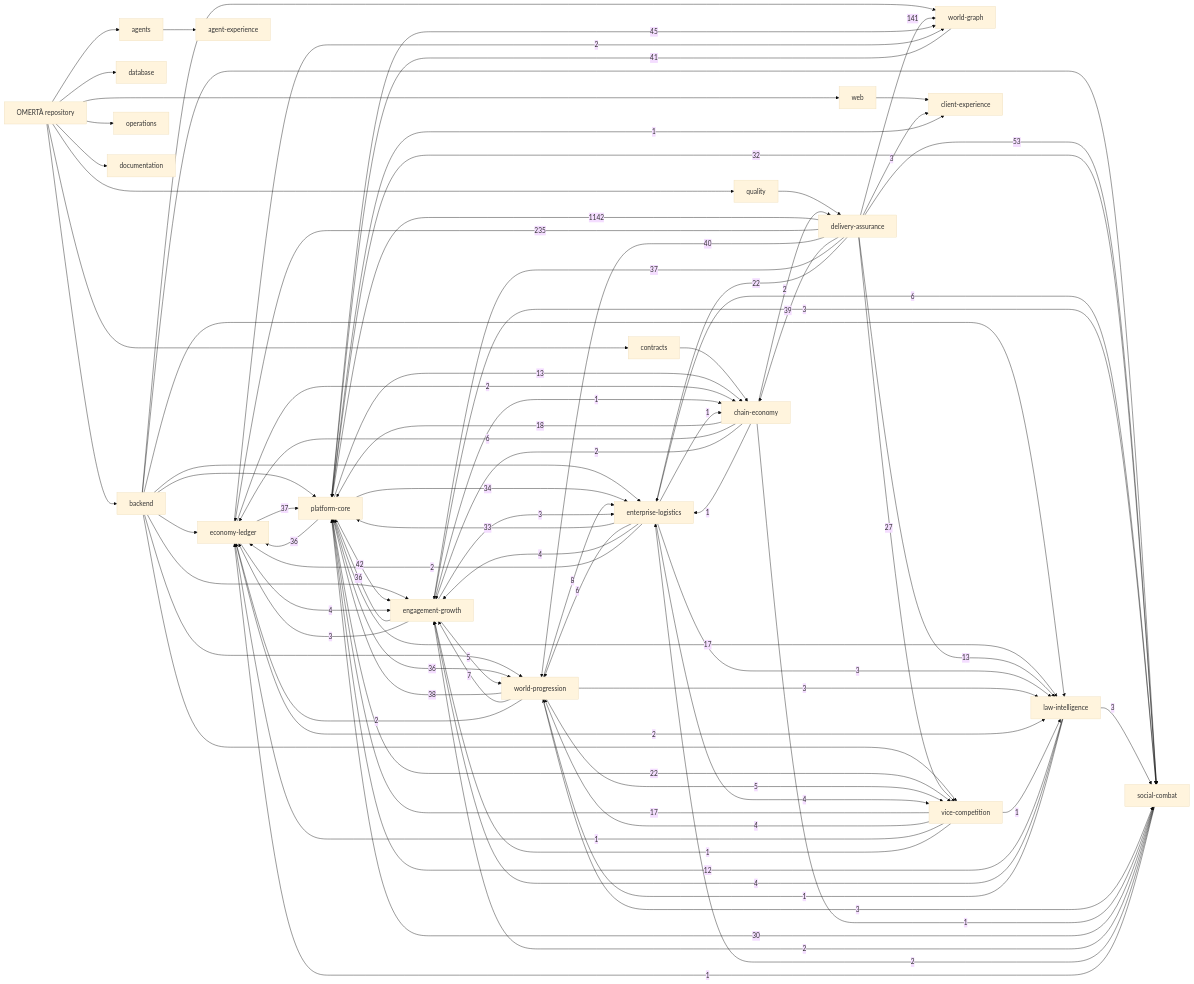
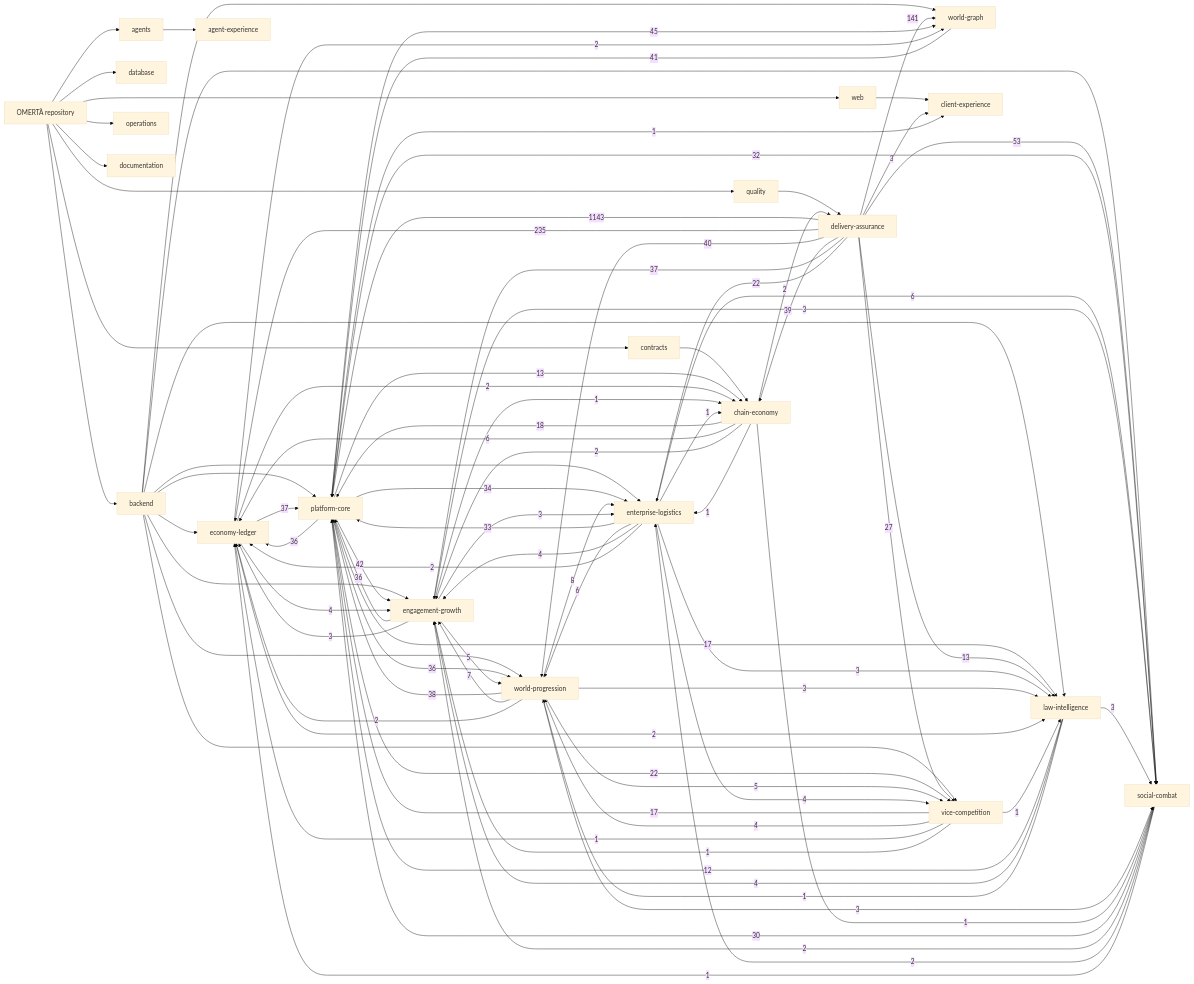
One commit to OmertaDev/Omerta changed the diagram in knowledge/generated/graph.mmd. Above: the diagram before and after it, drawn with Mermaid (base theme). The commit also changed 6 other files, not shown here.

```diff
--- a/knowledge/generated/graph.mmd
+++ b/knowledge/generated/graph.mmd
@@ -1,111 +1,111 @@
 flowchart LR
   repo["OMERTÀ repository"]
   sub_backend["backend"]
   repo --> sub_backend
   sub_database["database"]
   repo --> sub_database
   sub_web["web"]
   repo --> sub_web
   sub_contracts["contracts"]
   repo --> sub_contracts
   sub_agents["agents"]
   repo --> sub_agents
   sub_quality["quality"]
   repo --> sub_quality
   sub_operations["operations"]
   repo --> sub_operations
   sub_documentation["documentation"]
   repo --> sub_documentation
   dom_platform-core["platform-core"]
   dom_economy-ledger["economy-ledger"]
   dom_social-combat["social-combat"]
   dom_world-progression["world-progression"]
   dom_world-graph["world-graph"]
   dom_enterprise-logistics["enterprise-logistics"]
   dom_vice-competition["vice-competition"]
   dom_law-intelligence["law-intelligence"]
   dom_chain-economy["chain-economy"]
   dom_engagement-growth["engagement-growth"]
   dom_client-experience["client-experience"]
   dom_agent-experience["agent-experience"]
   dom_delivery-assurance["delivery-assurance"]
   sub_agents --> dom_agent-experience
   sub_backend --> dom_economy-ledger
   sub_backend --> dom_engagement-growth
   sub_backend --> dom_enterprise-logistics
   sub_backend --> dom_law-intelligence
   sub_backend --> dom_platform-core
   sub_backend --> dom_social-combat
   sub_backend --> dom_vice-competition
   sub_backend --> dom_world-graph
   sub_backend --> dom_world-progression
   sub_contracts --> dom_chain-economy
   sub_quality --> dom_delivery-assurance
   sub_web --> dom_client-experience
-  dom_delivery-assurance -->|1142| dom_platform-core
+  dom_delivery-assurance -->|1143| dom_platform-core
   dom_delivery-assurance -->|235| dom_economy-ledger
   dom_delivery-assurance -->|141| dom_world-graph
   dom_delivery-assurance -->|53| dom_social-combat
   dom_platform-core -->|45| dom_world-graph
   dom_platform-core -->|42| dom_engagement-growth
   dom_world-graph -->|41| dom_platform-core
   dom_delivery-assurance -->|40| dom_world-progression
   dom_delivery-assurance -->|39| dom_chain-economy
   dom_world-progression -->|38| dom_platform-core
   dom_delivery-assurance -->|37| dom_engagement-growth
   dom_economy-ledger -->|37| dom_platform-core
   dom_engagement-growth -->|36| dom_platform-core
   dom_platform-core -->|36| dom_economy-ledger
   dom_platform-core -->|36| dom_world-progression
   dom_platform-core -->|34| dom_enterprise-logistics
   dom_enterprise-logistics -->|33| dom_platform-core
   dom_platform-core -->|32| dom_social-combat
   dom_social-combat -->|30| dom_platform-core
   dom_delivery-assurance -->|27| dom_vice-competition
   dom_delivery-assurance -->|22| dom_enterprise-logistics
   dom_platform-core -->|22| dom_vice-competition
   dom_chain-economy -->|18| dom_platform-core
   dom_platform-core -->|17| dom_law-intelligence
   dom_vice-competition -->|17| dom_platform-core
   dom_delivery-assurance -->|13| dom_law-intelligence
   dom_platform-core -->|13| dom_chain-economy
   dom_law-intelligence -->|12| dom_platform-core
   dom_world-progression -->|8| dom_enterprise-logistics
   dom_world-progression -->|7| dom_engagement-growth
   dom_chain-economy -->|6| dom_economy-ledger
   dom_enterprise-logistics -->|6| dom_social-combat
   dom_enterprise-logistics -->|6| dom_world-progression
   dom_engagement-growth -->|5| dom_world-progression
   dom_world-progression -->|5| dom_vice-competition
   dom_economy-ledger -->|4| dom_engagement-growth
   dom_enterprise-logistics -->|4| dom_engagement-growth
   dom_enterprise-logistics -->|4| dom_vice-competition
   dom_law-intelligence -->|4| dom_engagement-growth
   dom_vice-competition -->|4| dom_world-progression
   dom_delivery-assurance -->|3| dom_client-experience
   dom_engagement-growth -->|3| dom_economy-ledger
   dom_engagement-growth -->|3| dom_enterprise-logistics
   dom_engagement-growth -->|3| dom_social-combat
   dom_enterprise-logistics -->|3| dom_law-intelligence
   dom_law-intelligence -->|3| dom_social-combat
   dom_world-progression -->|3| dom_law-intelligence
   dom_world-progression -->|3| dom_social-combat
   dom_chain-economy -->|2| dom_delivery-assurance
   dom_chain-economy -->|2| dom_engagement-growth
   dom_economy-ledger -->|2| dom_chain-economy
   dom_economy-ledger -->|2| dom_law-intelligence
   dom_economy-ledger -->|2| dom_world-graph
   dom_enterprise-logistics -->|2| dom_economy-ledger
   dom_social-combat -->|2| dom_engagement-growth
   dom_social-combat -->|2| dom_enterprise-logistics
   dom_world-progression -->|2| dom_economy-ledger
   dom_chain-economy -->|1| dom_enterprise-logistics
   dom_chain-economy -->|1| dom_social-combat
   dom_engagement-growth -->|1| dom_chain-economy
   dom_enterprise-logistics -->|1| dom_chain-economy
   dom_law-intelligence -->|1| dom_world-progression
   dom_platform-core -->|1| dom_client-experience
   dom_social-combat -->|1| dom_economy-ledger
   dom_vice-competition -->|1| dom_economy-ledger
   dom_vice-competition -->|1| dom_engagement-growth
   dom_vice-competition -->|1| dom_law-intelligence
```
